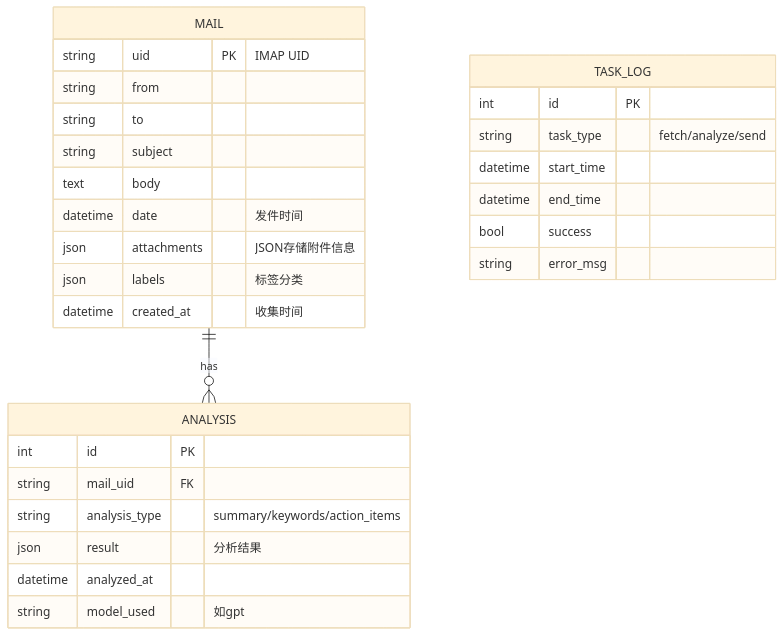
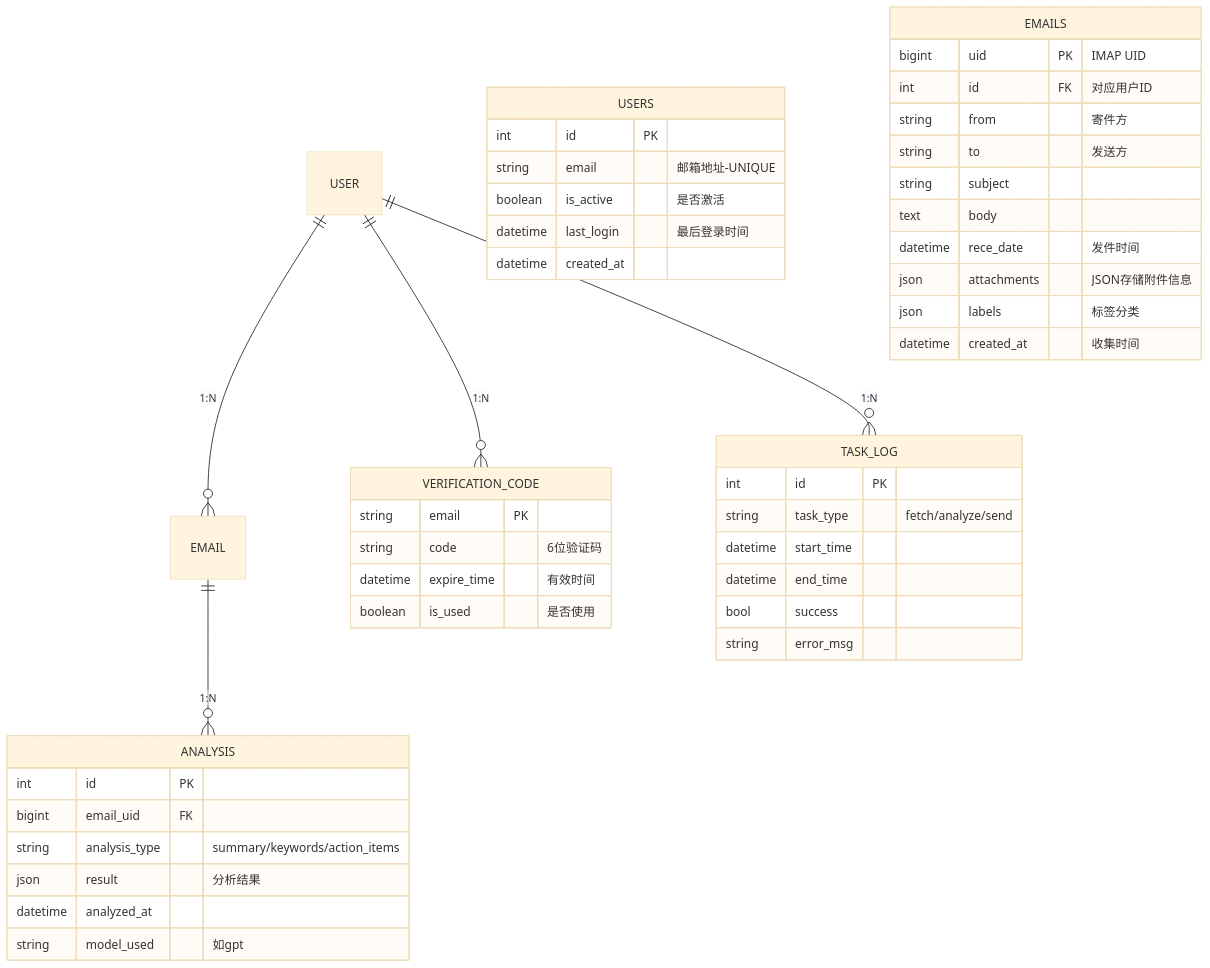
One commit to FeiNiaoBF/MailMind changed the third of 4 diagrams in docs/backend.md. Above: the diagram before and after it, drawn with Mermaid (base theme). The commit also changed other lines of this file and 8 other files, not shown here.

````diff
--- a/docs/backend.md
+++ b/docs/backend.md
@@ -43,34 +69,53 @@
 ```mermaid
 erDiagram
-    MAIL ||--o{ ANALYSIS: has
+    USER ||--o{ EMAIL: "1:N"
+    USER ||--o{ VERIFICATION_CODE: "1:N"
+    USER ||--o{ TASK_LOG: "1:N"
+    EMAIL ||--o{ ANALYSIS: "1:N"
 
-    MAIL {
-        string uid PK "IMAP UID"
-        string from
-        string to
+    USERS {
+        int id PK
+        string email "邮箱地址-UNIQUE"
+        boolean is_active "是否激活"
+        datetime last_login "最后登录时间"
+        datetime created_at
+    }
+
+    EMAILS {
+        bigint uid PK "IMAP UID"
+        int id FK "对应用户ID"
+        string from "寄件方"
+        string to "发送方"
         string subject
         text body
-        datetime date "发件时间"
+        datetime rece_date "发件时间"
         json attachments "JSON存储附件信息"
         json labels "标签分类"
         datetime created_at "收集时间"
     }
 
     ANALYSIS {
         int id PK
-        string mail_uid FK
+        bigint email_uid FK
         string analysis_type "summary/keywords/action_items"
         json result "分析结果"
         datetime analyzed_at
         string model_used "如gpt"
     }
 
     TASK_LOG {
         int id PK
         string task_type "fetch/analyze/send"
         datetime start_time
         datetime end_time
         bool success
         string error_msg
     }
+
+    VERIFICATION_CODE {
+        string email PK
+        string code "6位验证码"
+        datetime expire_time "有效时间"
+        boolean is_used "是否使用"
+    }
 ```
````
